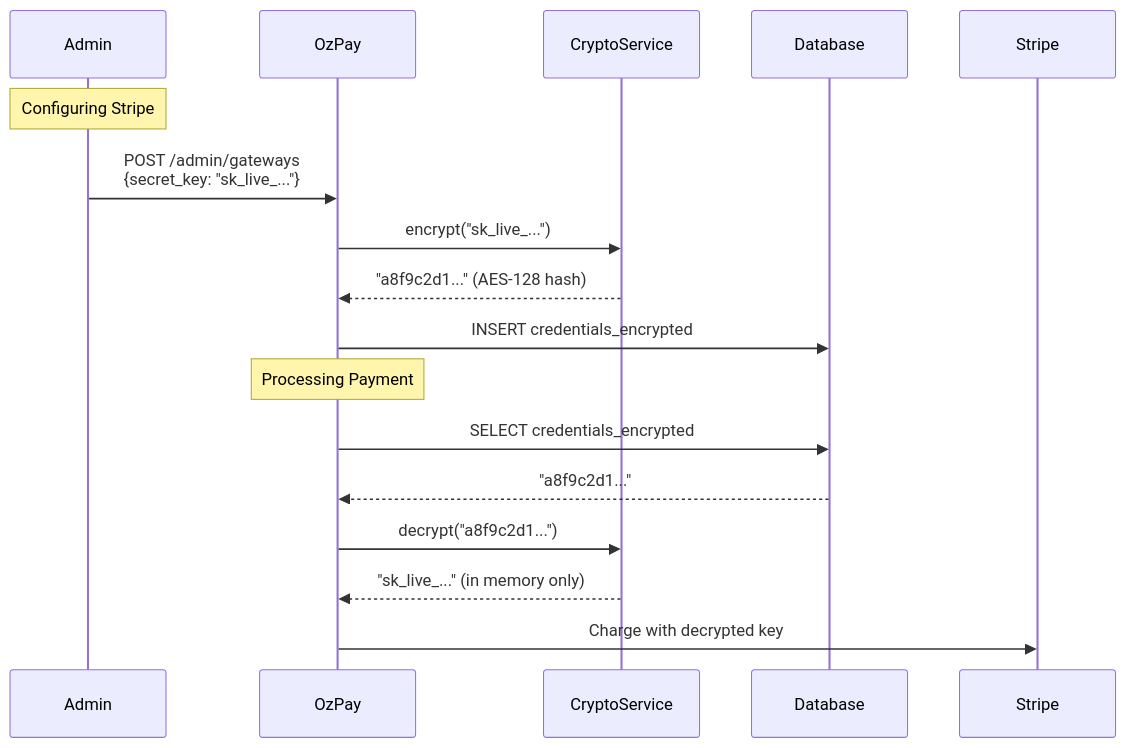
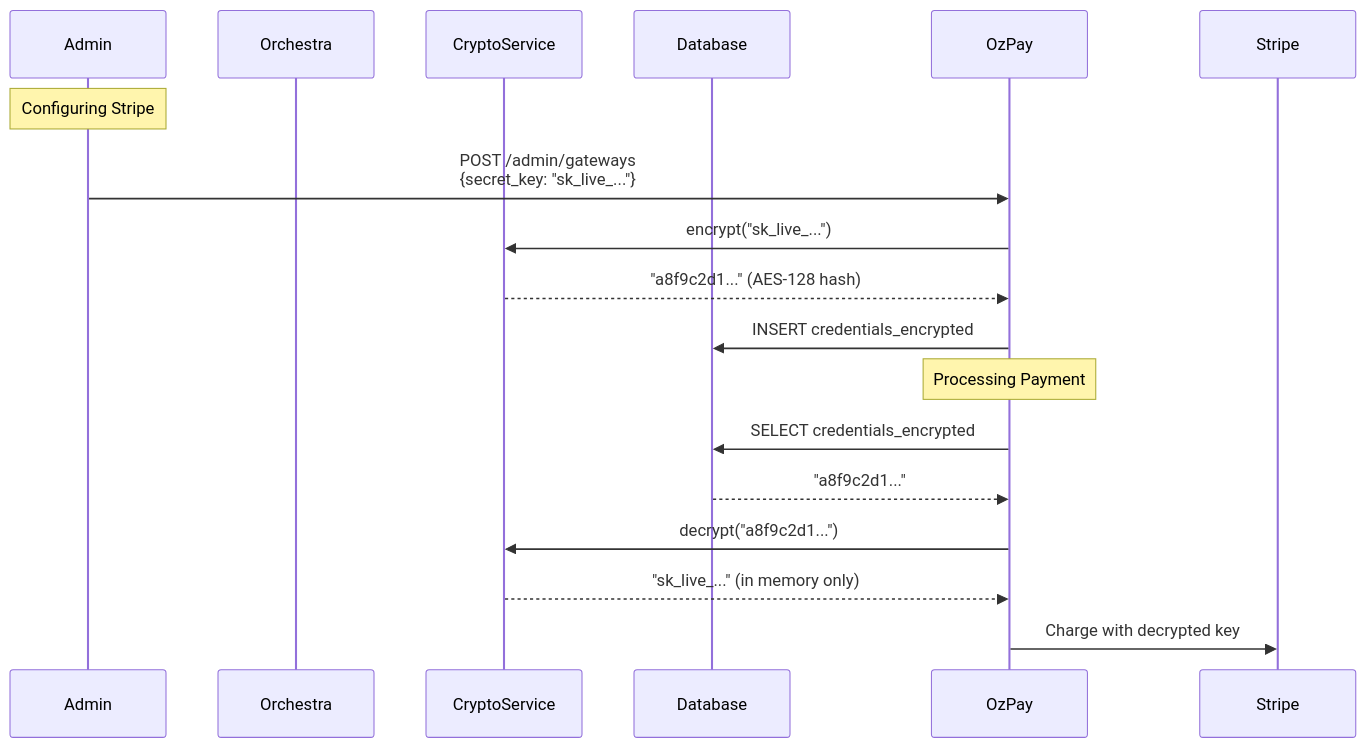
One commit to vitinh0z/orquestra.io changed the fourth of 4 diagrams in README.md. Above: the diagram before and after it, drawn with Mermaid. The commit also changed other lines of this file, not shown here.

Commit message:
Rename OzPay to Orchestra.io in README

````diff
--- a/README.md
+++ b/README.md
@@ -347,20 +347,20 @@
 ```mermaid
 sequenceDiagram
     participant Admin
-    participant OzPay
+    participant Orchestra
     participant CryptoService
     participant Database
 
     Note over Admin: Configuring Stripe
     Admin->>OzPay: POST /admin/gateways<br/>{secret_key: "sk_live_..."}
     OzPay->>CryptoService: encrypt("sk_live_...")
     CryptoService-->>OzPay: "a8f9c2d1..." (AES-128 hash)
     OzPay->>Database: INSERT credentials_encrypted
     
     Note over OzPay: Processing Payment
     OzPay->>Database: SELECT credentials_encrypted
     Database-->>OzPay: "a8f9c2d1..."
     OzPay->>CryptoService: decrypt("a8f9c2d1...")
     CryptoService-->>OzPay: "sk_live_..." (in memory only)
     OzPay->>Stripe: Charge with decrypted key
 ```
````
